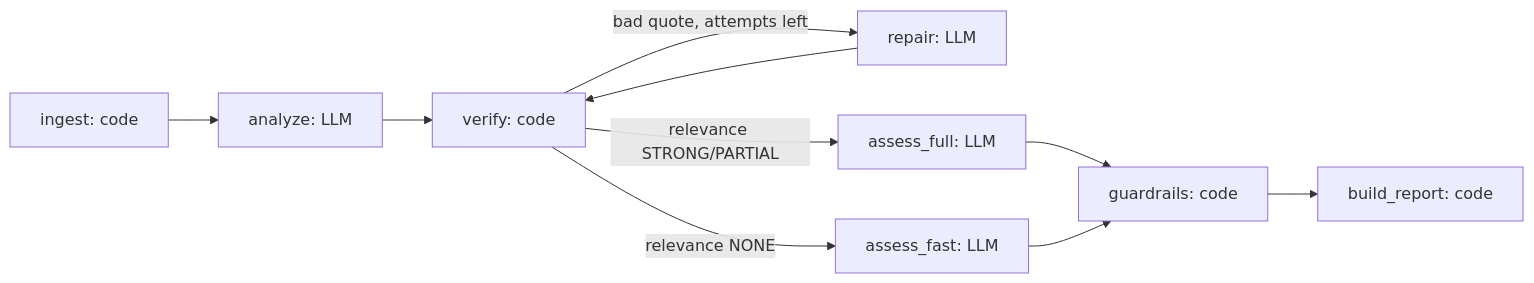
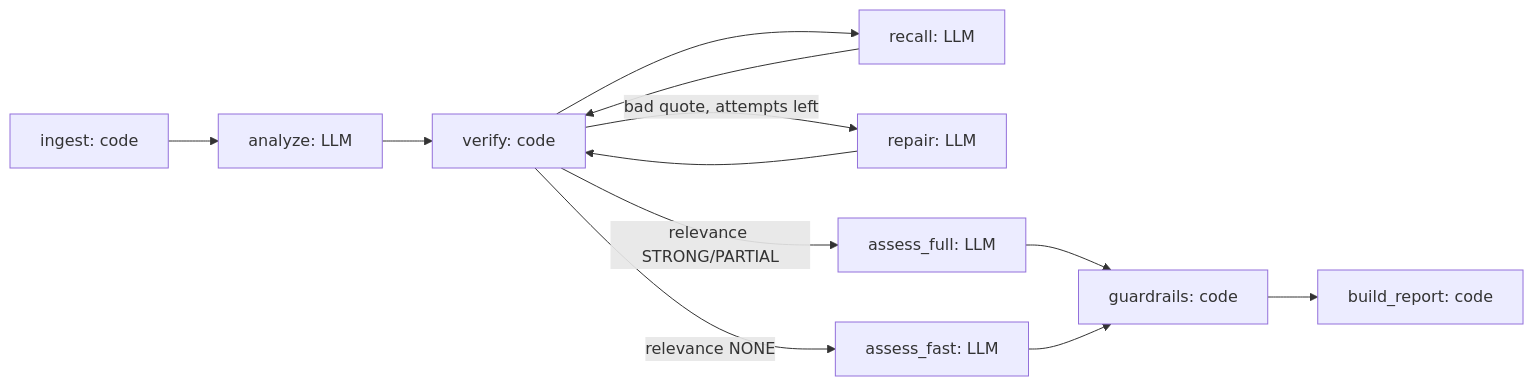
The diagram in README.md (tayyabshahjahan/rfp-triage-agent), drawn with Mermaid before and after one commit. The commit also changed other lines of this file and 16 other files, not shown here.

````diff
--- a/README.md
+++ b/README.md
@@ -48,12 +48,14 @@
 ```mermaid
 flowchart LR
     A[ingest: code] --> B[analyze: LLM]
     B --> C[verify: code]
-    C -->|bad quote, attempts left| D[repair: LLM]
+    C --> D[recall: LLM]
     D --> C
-    C -->|relevance STRONG/PARTIAL| E[assess_full: LLM]
-    C -->|relevance NONE| F[assess_fast: LLM]
-    E --> G[guardrails: code]
-    F --> G
-    G --> H[build_report: code]
+    C -->|bad quote, attempts left| E[repair: LLM]
+    E --> C
+    C -->|relevance STRONG/PARTIAL| F[assess_full: LLM]
+    C -->|relevance NONE| G[assess_fast: LLM]
+    F --> H[guardrails: code]
+    G --> H
+    H --> I[build_report: code]
 ```
````
